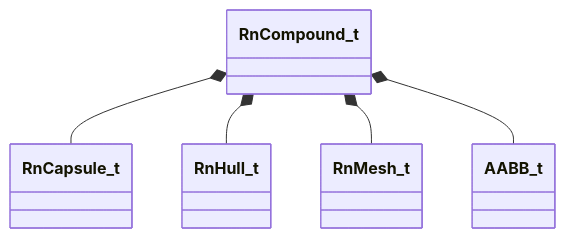
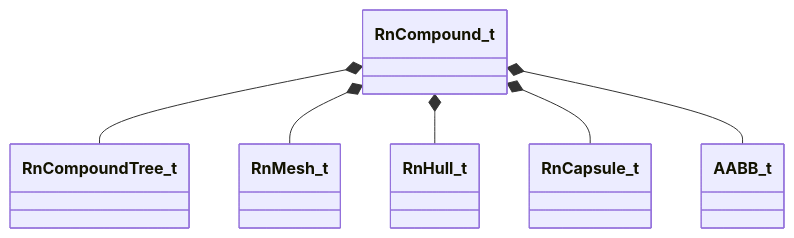
The diagram in docs/generated/schemas/physicslib/RnCompound_t.md (CS2OpenDev/CS2OpenDev-Docs), drawn with Mermaid before and after one commit. The commit also changed other lines of this file and 4654 other files, not shown here.

Commit message:
docs: regenerate for SchemaTracker build 25947352 [skip ci]

````diff
--- a/docs/generated/schemas/physicslib/RnCompound_t.md
+++ b/docs/generated/schemas/physicslib/RnCompound_t.md
@@ -17,7 +17,8 @@
 ```mermaid
 classDiagram
+    RnCompound_t *-- RnCompoundTree_t
+    RnCompound_t *-- RnMesh_t
+    RnCompound_t *-- RnHull_t
     RnCompound_t *-- RnCapsule_t
-    RnCompound_t *-- RnHull_t
-    RnCompound_t *-- RnMesh_t
     RnCompound_t *-- AABB_t
 ```
````
